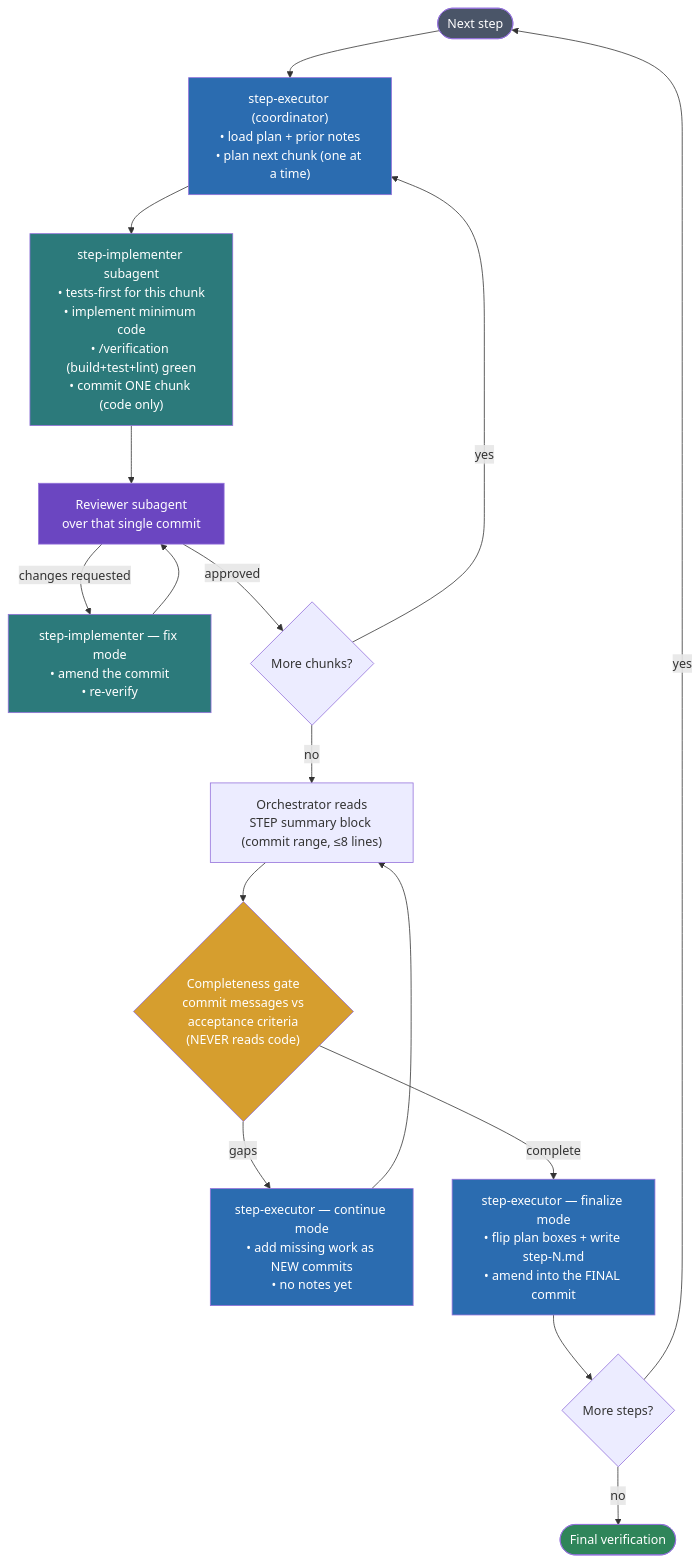
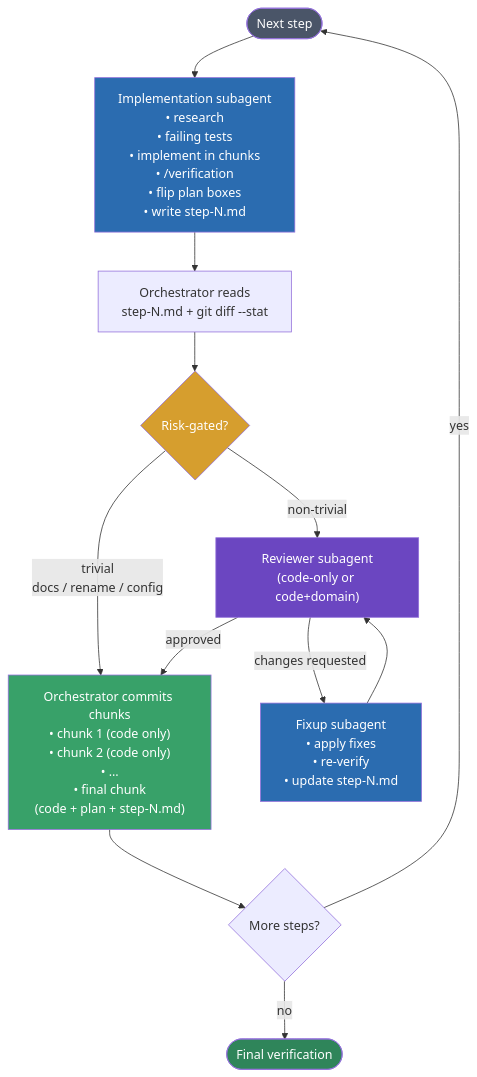
Before and after one commit to POPFD/claude-sweatshop: the second of 2 diagrams in README.md, drawn with Mermaid. The commit also changed other lines of this file and 13 other files, not shown here.

First line of the commit message:
skills: Restore the orchestrator/subagent execution model

````diff
--- a/README.md
+++ b/README.md
@@ -106,28 +106,22 @@
 ```mermaid
 flowchart TD
-    Start(["Next step"]) --> Coord["step-executor (coordinator)<br/>• load plan + prior notes<br/>• plan next chunk (one at a time)"]
-    Coord --> Impl["step-implementer subagent<br/>• tests-first for this chunk<br/>• implement minimum code<br/>• /verification (build+test+lint) green<br/>• commit ONE chunk (code only)"]
-    Impl --> CRev["Reviewer subagent<br/>over that single commit"]
-    CRev -->|changes requested| CFix["step-implementer — fix mode<br/>• amend the commit<br/>• re-verify"]
-    CFix --> CRev
-    CRev -->|approved| More{"More chunks?"}
-    More -->|yes| Coord
-    More -->|no| Sum["Orchestrator reads<br/>STEP summary block (commit range, ≤8 lines)"]
-    Sum --> Gate{"Completeness gate<br/>commit messages vs<br/>acceptance criteria<br/>(NEVER reads code)"}
-    Gate -->|gaps| Cont["step-executor — continue mode<br/>• add missing work as NEW commits<br/>• no notes yet"]
-    Cont --> Sum
-    Gate -->|complete| Final["step-executor — finalize mode<br/>• flip plan boxes + write step-N.md<br/>• amend into the FINAL commit"]
-    Final --> Next{"More steps?"}
+    Start(["Next step"]) --> Impl["Implementation subagent<br/>• research<br/>• failing tests<br/>• implement in chunks<br/>• /verification<br/>• flip plan boxes<br/>• write step-N.md"]
+    Impl --> Read["Orchestrator reads<br/>step-N.md + git diff --stat"]
+    Read --> Risk{"Risk-gated?"}
+    Risk -->|trivial<br/>docs / rename / config| Commit
+    Risk -->|non-trivial| Review["Reviewer subagent<br/>(code-only or code+domain)"]
+    Review -->|approved| Commit["Orchestrator commits chunks<br/>• chunk 1 (code only)<br/>• chunk 2 (code only)<br/>• …<br/>• final chunk<br/>(code + plan + step-N.md)"]
+    Review -->|changes requested| Fix["Fixup subagent<br/>• apply fixes<br/>• re-verify<br/>• update step-N.md"]
+    Fix --> Review
+    Commit --> Next{"More steps?"}
     Next -->|yes| Start
     Next -->|no| Done(["Final verification"])
 
     style Start fill:#4a5568,color:#fff
-    style Coord fill:#2b6cb0,color:#fff
-    style Impl fill:#2c7a7b,color:#fff
-    style CFix fill:#2c7a7b,color:#fff
-    style Cont fill:#2b6cb0,color:#fff
-    style Final fill:#2b6cb0,color:#fff
-    style CRev fill:#6b46c1,color:#fff
-    style Gate fill:#d69e2e,color:#fff
+    style Impl fill:#2b6cb0,color:#fff
+    style Review fill:#6b46c1,color:#fff
+    style Fix fill:#2b6cb0,color:#fff
+    style Risk fill:#d69e2e,color:#fff
+    style Commit fill:#38a169,color:#fff
     style Done fill:#2f855a,color:#fff
 ```
````
